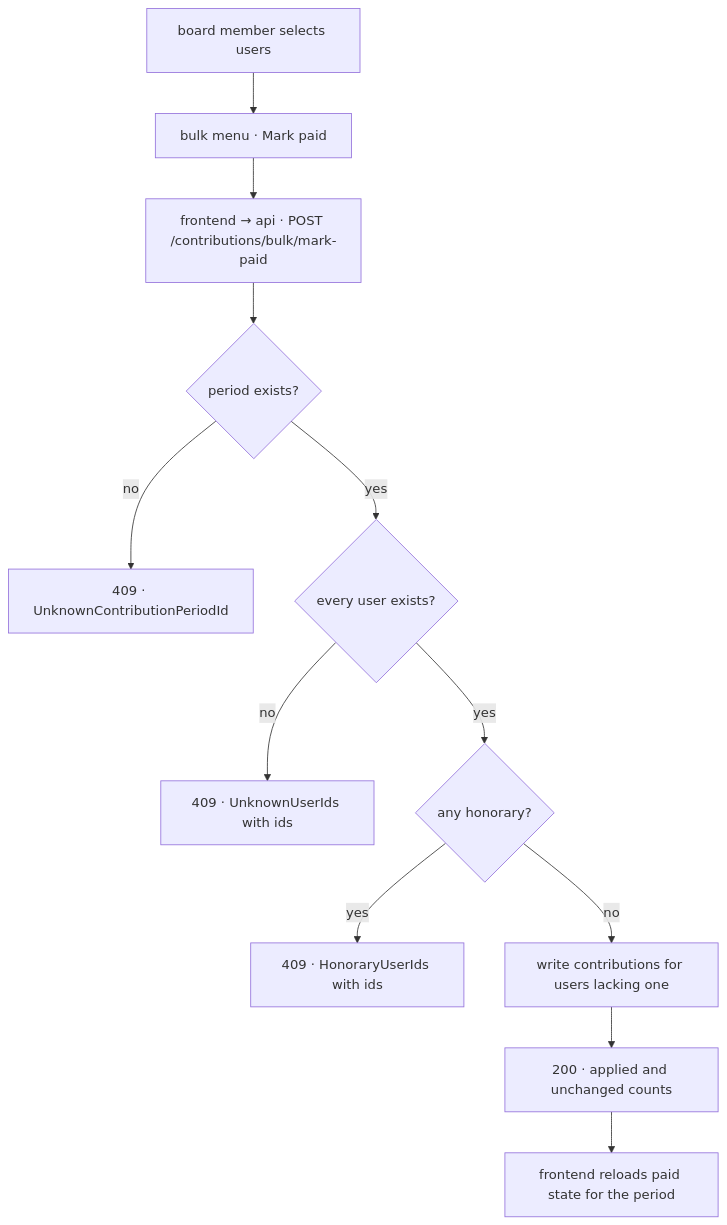
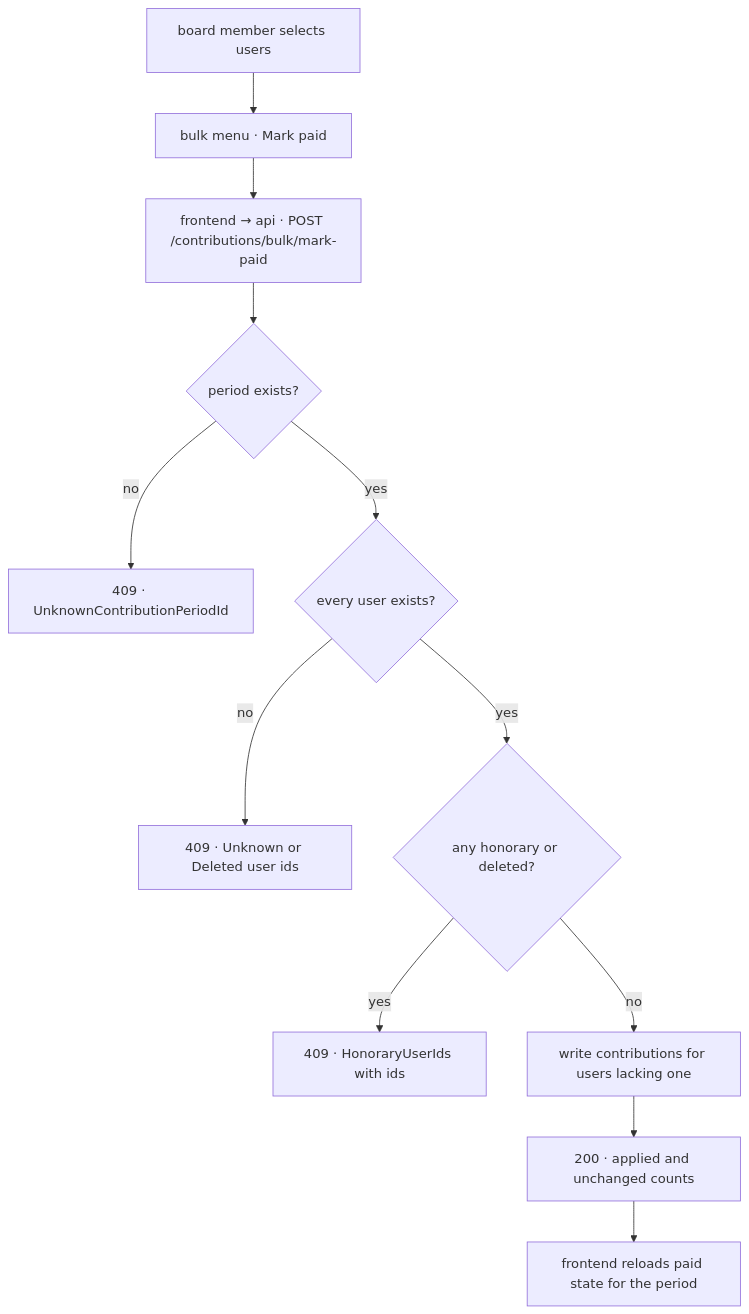
The second of 3 diagrams in docs/flows/bulk-contribution-marking/README.md (ESA-Blueshell/website), drawn with Mermaid before and after one commit. The commit also changed other lines of this file and 6 other files, not shown here.

````diff
--- a/docs/flows/bulk-contribution-marking/README.md
+++ b/docs/flows/bulk-contribution-marking/README.md
@@ -56,14 +59,14 @@
 ```mermaid
 flowchart TD
     A[board member selects users] --> B[bulk menu · Mark paid]
     B --> C[frontend → api · POST /contributions/bulk/mark-paid]
     C --> D{period exists?}
     D -- no --> R[409 · UnknownContributionPeriodId]
     D -- yes --> E{every user exists?}
-    E -- no --> S[409 · UnknownUserIds with ids]
-    E -- yes --> F{any honorary?}
+    E -- no --> S[409 · Unknown or Deleted user ids]
+    E -- yes --> F{any honorary or deleted?}
     F -- yes --> T[409 · HonoraryUserIds with ids]
     F -- no --> G[write contributions for users lacking one]
     G --> H[200 · applied and unchanged counts]
     H --> I[frontend reloads paid state for the period]
 ```
````
